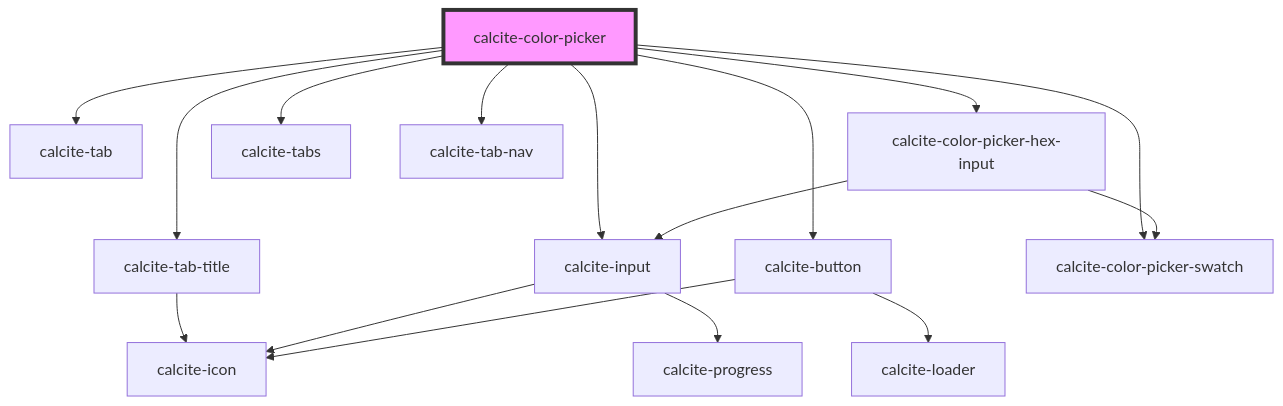
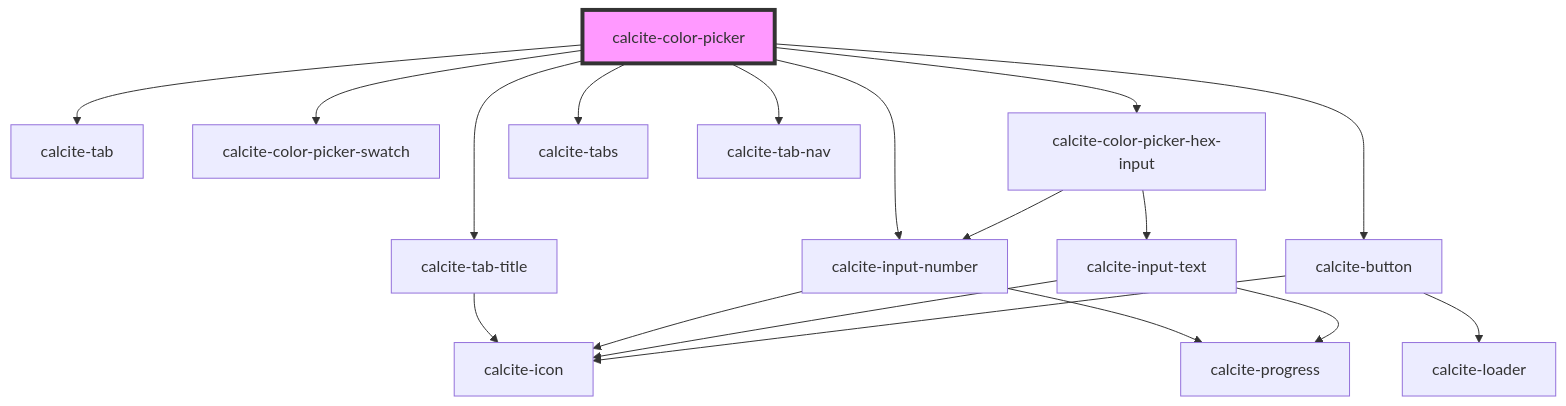
The diagram in packages/calcite-components/src/components/color-picker/readme.md (vikivakarvc/calcite-design-system), drawn with Mermaid before and after one commit. The commit also changed other lines of this file and 91 other files, not shown here.

````diff
--- a/packages/calcite-components/src/components/color-picker/readme.md
+++ b/packages/calcite-components/src/components/color-picker/readme.md
@@ -61,19 +65,21 @@
 ```mermaid
 graph TD;
   calcite-color-picker --> calcite-tab-title
   calcite-color-picker --> calcite-tab
-  calcite-color-picker --> calcite-input
+  calcite-color-picker --> calcite-input-number
+  calcite-color-picker --> calcite-color-picker-swatch
   calcite-color-picker --> calcite-color-picker-hex-input
   calcite-color-picker --> calcite-tabs
   calcite-color-picker --> calcite-tab-nav
   calcite-color-picker --> calcite-button
-  calcite-color-picker --> calcite-color-picker-swatch
   calcite-tab-title --> calcite-icon
-  calcite-input --> calcite-progress
-  calcite-input --> calcite-icon
-  calcite-color-picker-hex-input --> calcite-input
-  calcite-color-picker-hex-input --> calcite-color-picker-swatch
+  calcite-input-number --> calcite-progress
+  calcite-input-number --> calcite-icon
+  calcite-color-picker-hex-input --> calcite-input-text
+  calcite-color-picker-hex-input --> calcite-input-number
+  calcite-input-text --> calcite-progress
+  calcite-input-text --> calcite-icon
   calcite-button --> calcite-loader
   calcite-button --> calcite-icon
   style calcite-color-picker fill:#f9f,stroke:#333,stroke-width:4px
 ```
````
